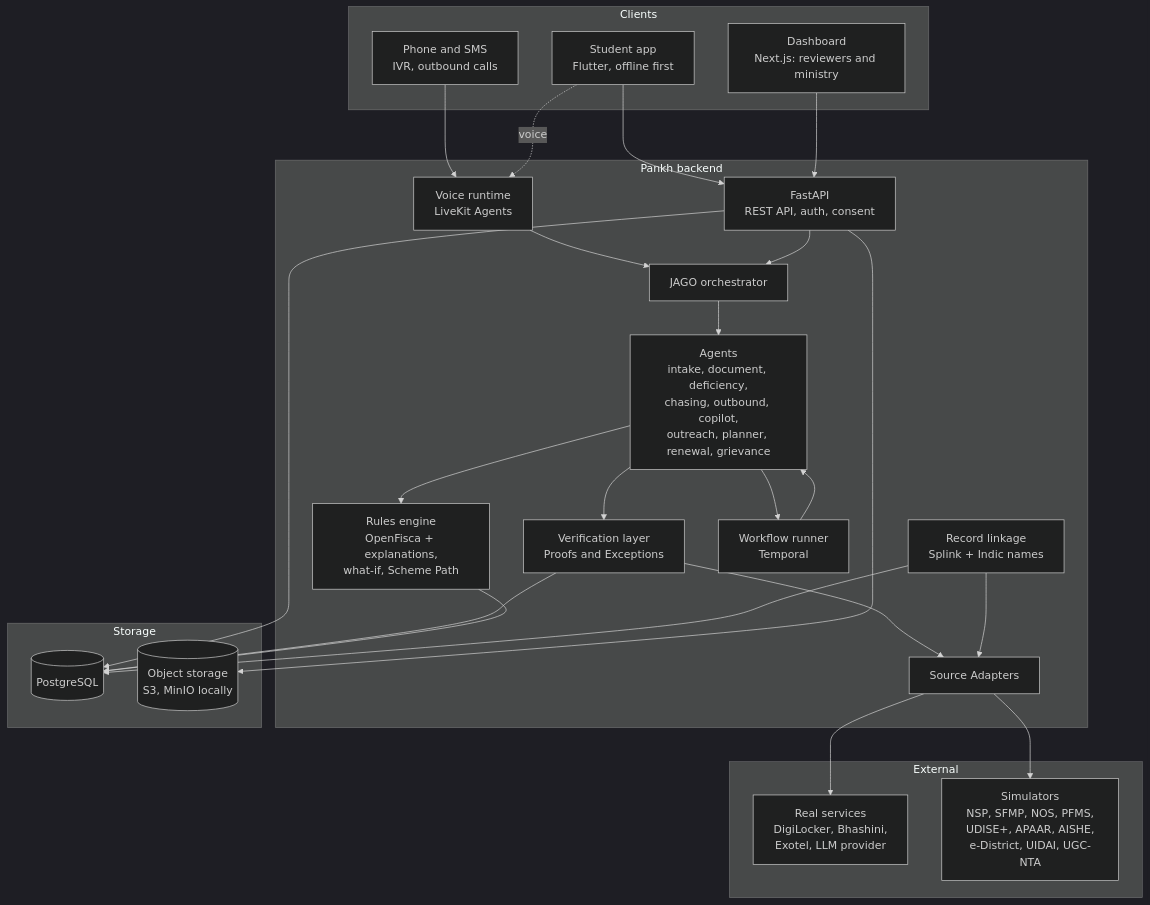
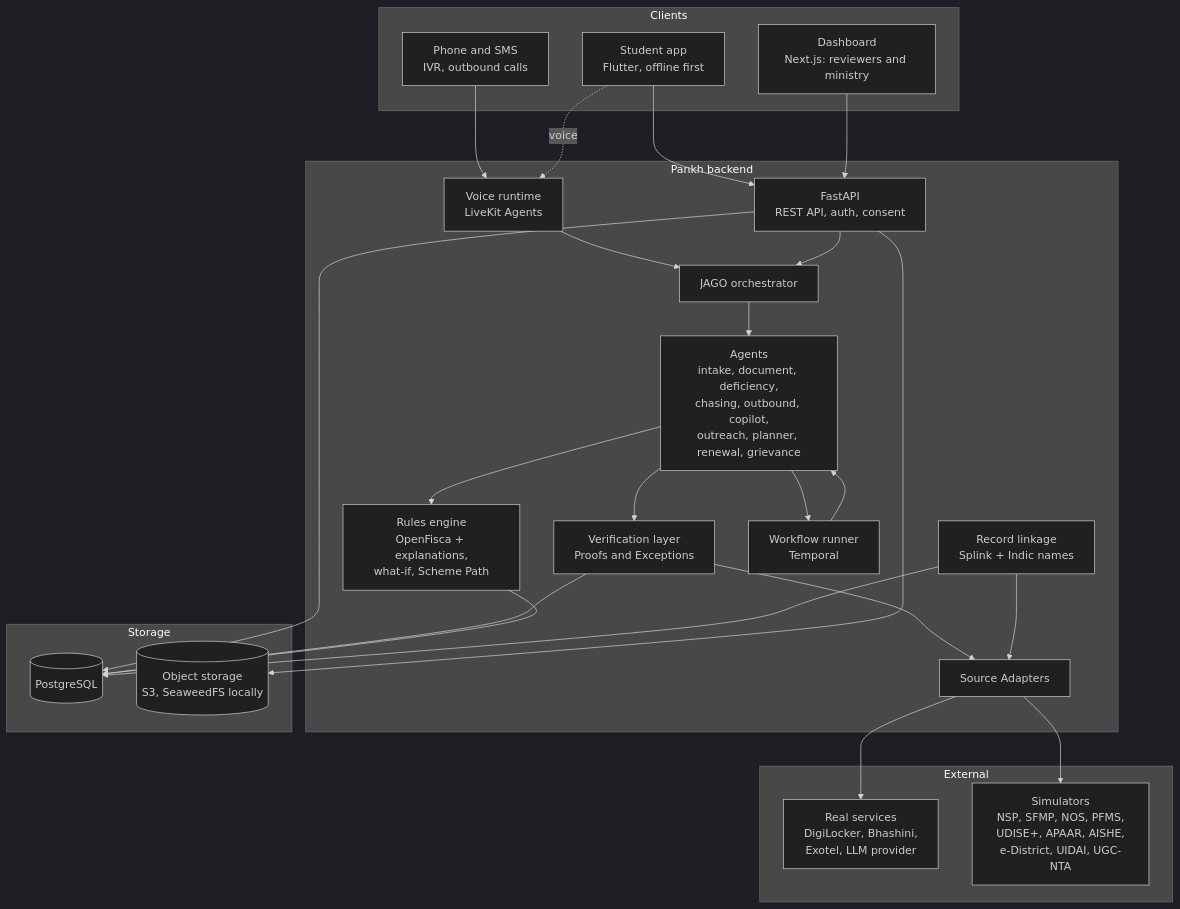
One commit to Rudransh-1508/Pankh-SIH-2026 changed the diagram in README.md. Above: the diagram before and after it, drawn with Mermaid (dark theme). The commit also changed other lines of this file and 35 other files, not shown here.

````diff
--- a/README.md
+++ b/README.md
@@ -137,51 +137,51 @@
 ```mermaid
 flowchart TB
     subgraph Clients
         APP[Student app<br/>Flutter, offline first]
         PHONE[Phone and SMS<br/>IVR, outbound calls]
         DASH[Dashboard<br/>Next.js: reviewers and ministry]
     end
 
     subgraph Pankh backend
         API[FastAPI<br/>REST API, auth, consent]
         JAGO[JAGO orchestrator]
         AGENTS[Agents<br/>intake, document, deficiency,<br/>chasing, outbound, copilot,<br/>outreach, planner, renewal, grievance]
         VOICE[Voice runtime<br/>LiveKit Agents]
         RULES[Rules engine<br/>OpenFisca + explanations,<br/>what-if, Scheme Path]
         VERIFY[Verification layer<br/>Proofs and Exceptions]
         LINK[Record linkage<br/>Splink + Indic names]
         WF[Workflow runner<br/>Temporal]
         ADAPT[Source Adapters]
     end
 
     subgraph Storage
         PG[(PostgreSQL)]
-        OBJ[(Object storage<br/>S3, MinIO locally)]
+        OBJ[(Object storage<br/>S3, SeaweedFS locally)]
     end
 
     subgraph External
         REAL[Real services<br/>DigiLocker, Bhashini,<br/>Exotel, LLM provider]
         SIM[Simulators<br/>NSP, SFMP, NOS, PFMS,<br/>UDISE+, APAAR, AISHE,<br/>e-District, UIDAI, UGC-NTA]
     end
 
     APP --> API
     DASH --> API
     PHONE --> VOICE
     APP -. voice .-> VOICE
     VOICE --> JAGO
     API --> JAGO
     JAGO --> AGENTS
     AGENTS --> RULES
     AGENTS --> VERIFY
     AGENTS --> WF
     VERIFY --> ADAPT
     LINK --> ADAPT
     WF --> AGENTS
     ADAPT --> REAL
     ADAPT --> SIM
     API --> PG
     VERIFY --> PG
     RULES --> PG
     LINK --> PG
     API --> OBJ
 ```
````
